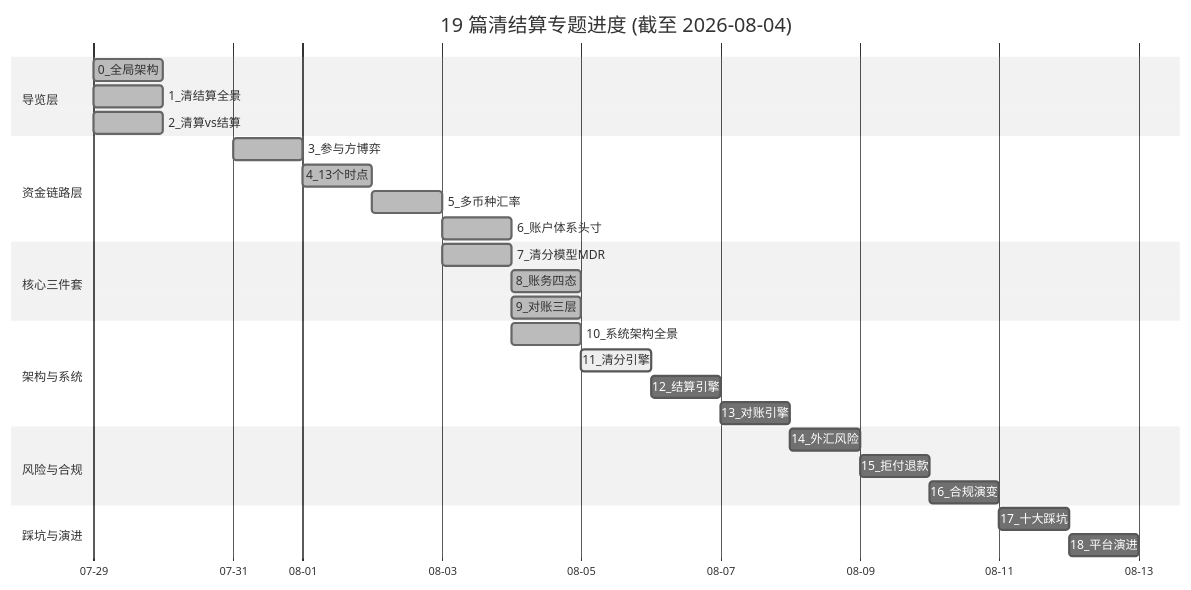
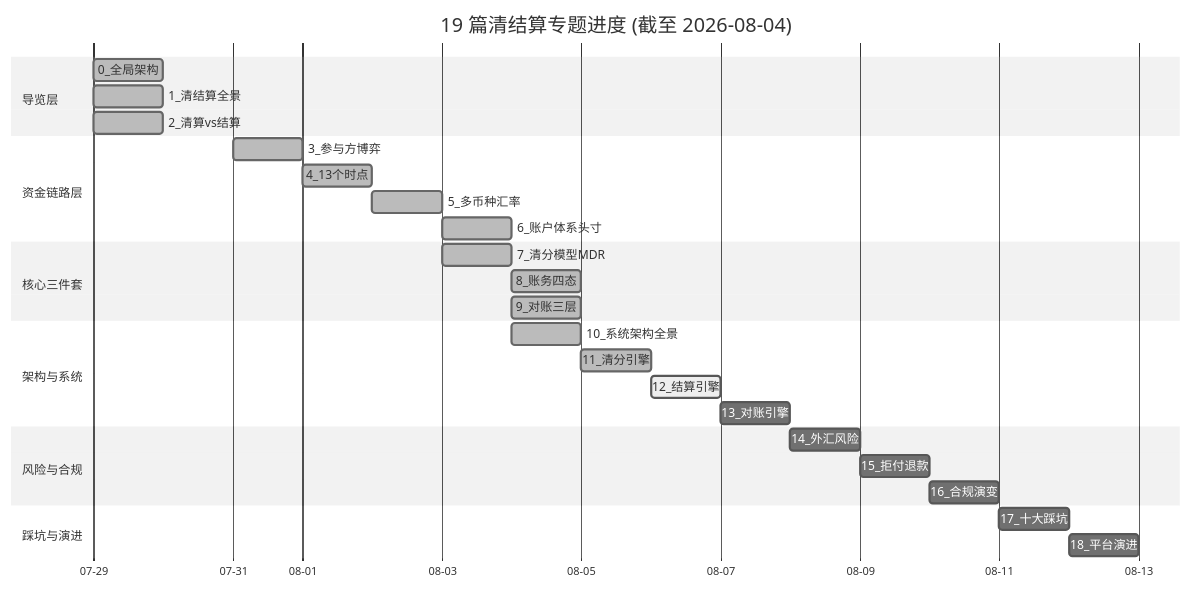
Before and after one commit to xiaobo1997/programmer-knowledge-graph: the second of 2 diagrams in docs/biz/跨境支付/清结算体系/PROGRESS.md, drawn with Mermaid (neutral theme). The commit also changed other lines of this file and 4 other files, not shown here.

````diff
--- a/docs/biz/跨境支付/清结算体系/PROGRESS.md
+++ b/docs/biz/跨境支付/清结算体系/PROGRESS.md
@@ -169,37 +171,37 @@
 ```mermaid
 gantt
     title 19 篇清结算专题进度 (截至 2026-08-04)
     dateFormat  YYYY-MM-DD
     axisFormat  %m-%d
 
     section 导览层
     0_全局架构           :done,    0-0, 2026-07-29, 1d
     1_清结算全景         :done,    0-1, 2026-07-29, 1d
     2_清算vs结算         :done,    0-2, 2026-07-29, 1d
 
     section 资金链路层
     3_参与方博弈         :done,    1-3, 2026-07-31, 1d
     4_13个时点           :done,    1-4, 2026-08-01, 1d
     5_多币种汇率         :done,    1-5, 2026-08-02, 1d
     6_账户体系头寸       :done,    1-6, 2026-08-03, 1d
 
     section 核心三件套
     7_清分模型MDR        :done,    2-7, 2026-08-03, 1d
     8_账务四态           :done,    2-8, 2026-08-04, 1d
     9_对账三层           :done,    2-9, 2026-08-04, 1d
 
     section 架构与系统
     10_系统架构全景       :done,    3-10, 2026-08-04, 1d
-    11_清分引擎          :active,  3-11, 2026-08-05, 1d
-    12_结算引擎          :         3-12, after 3-11, 1d
+    11_清分引擎          :done,    3-11, 2026-08-05, 1d
+    12_结算引擎          :active,  3-12, 2026-08-06, 1d
     13_对账引擎          :         3-13, after 3-12, 1d
 
     section 风险与合规
     14_外汇风险          :         4-14, after 3-13, 1d
     15_拒付退款          :         4-15, after 4-14, 1d
     16_合规演变          :         4-16, after 4-15, 1d
 
     section 踩坑与演进
     17_十大踩坑          :         5-17, after 4-16, 1d
     18_平台演进          :         5-18, after 5-17, 1d
 ```
````
